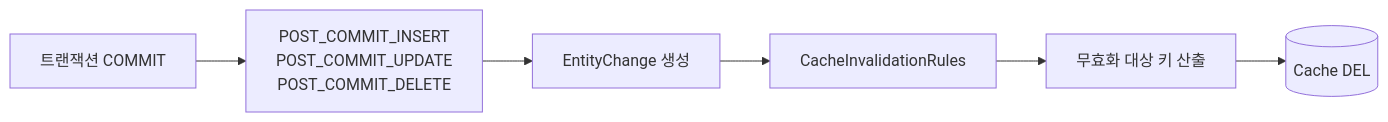
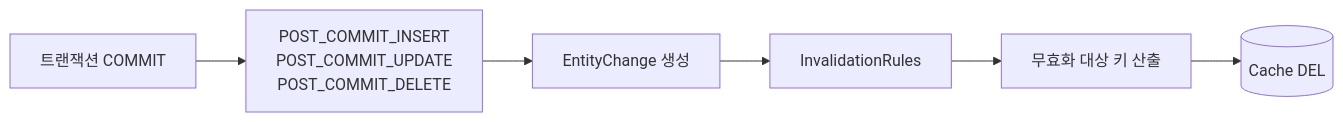
One commit to gmoon92/toy changed the diagram in spring-cache/cache-invalidation-strategy/docs/invalidation/entity-event-invalidate.md. Above: the diagram before and after it, drawn with Mermaid. The commit also changed other lines of this file and 49 other files, not shown here.

````diff
--- a/spring-cache/cache-invalidation-strategy/docs/invalidation/entity-event-invalidate.md
+++ b/spring-cache/cache-invalidation-strategy/docs/invalidation/entity-event-invalidate.md
@@ -22,8 +22,8 @@
 ```mermaid
 flowchart LR
     TX[트랜잭션 COMMIT] --> EV["POST_COMMIT_INSERT<br/>POST_COMMIT_UPDATE<br/>POST_COMMIT_DELETE"]
     EV --> EC[EntityChange 생성]
-    EC --> RU[CacheInvalidationRules]
+    EC --> RU[InvalidationRules]
     RU --> KEYS[무효화 대상 키 산출]
     KEYS --> DEL[(Cache DEL)]
 ```
````
